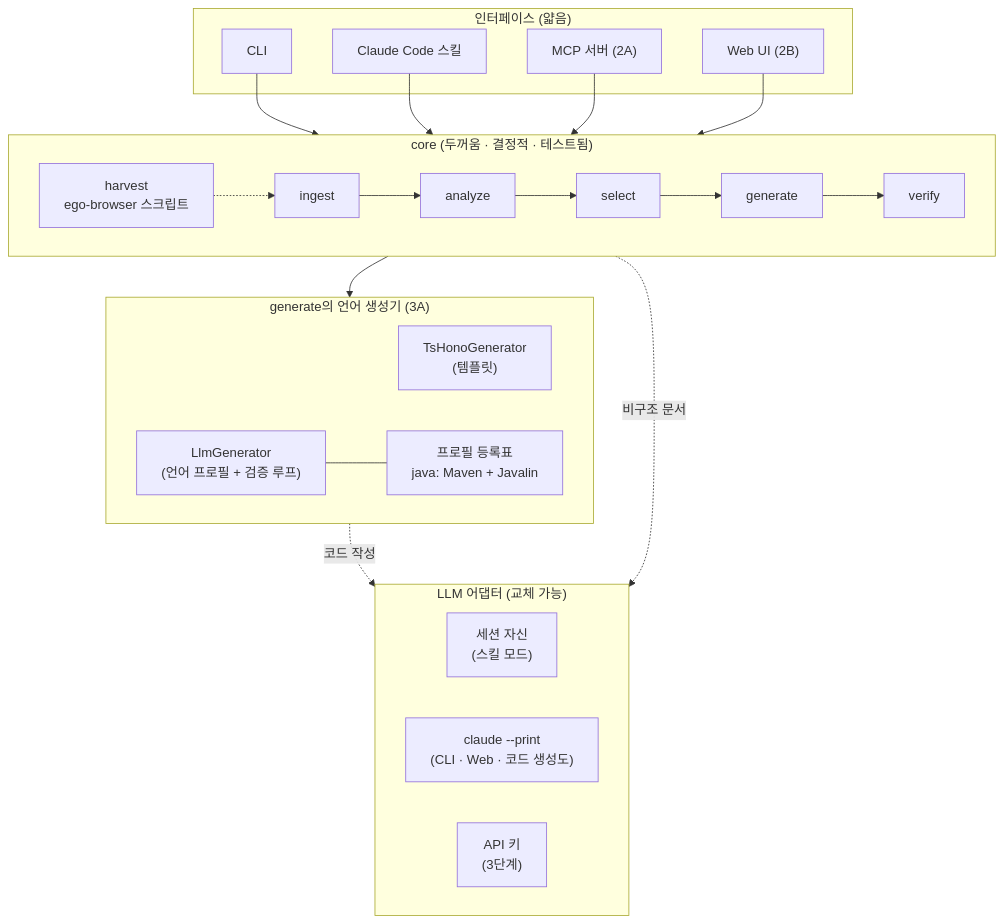
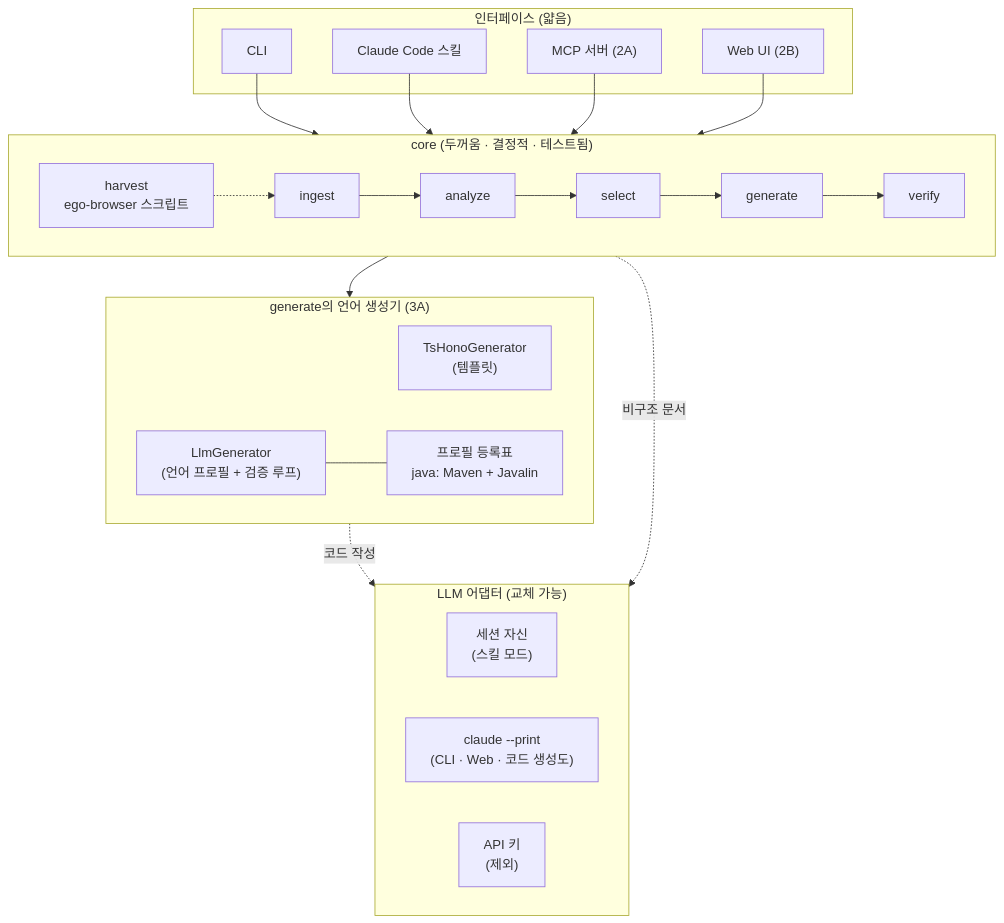
One commit to geonhos/specmock changed the second of 10 diagrams in docs/architecture.md. Above: the diagram before and after it, drawn with Mermaid. The commit also changed other lines of this file and 2 other files, not shown here.

First line of the commit message:
docs: 3단계 로드맵에서 API 키 어댑터(3C) 제외를 기록

````diff
--- a/docs/architecture.md
+++ b/docs/architecture.md
@@ -22,34 +22,34 @@
 ```mermaid
 flowchart TB
     subgraph 인터페이스["인터페이스 (얇음)"]
         CLI[CLI]
         SKILL[Claude Code 스킬]
         MCP["MCP 서버 (2A)"]
         WEB["Web UI (2B)"]
     end
 
     subgraph CORE["core (두꺼움 · 결정적 · 테스트됨)"]
         direction LR
         ING[ingest] --> ANA[analyze] --> SELM[select] --> GENM[generate] --> VER[verify]
         HARV[harvest<br/>ego-browser 스크립트] -.-> ING
     end
 
     subgraph GENL["generate의 언어 생성기 (3A)"]
         direction LR
         TSG["TsHonoGenerator<br/>(템플릿)"]
         LLMG["LlmGenerator<br/>(언어 프로필 + 검증 루프)"]
         PROF["프로필 등록표<br/>java: Maven + Javalin"]
         LLMG --- PROF
     end
 
     subgraph LLM["LLM 어댑터 (교체 가능)"]
         A1["세션 자신<br/>(스킬 모드)"]
         A2["claude --print<br/>(CLI · Web · 코드 생성도)"]
-        A3["API 키<br/>(3단계)"]
+        A3["API 키<br/>(제외)"]
     end
 
     CLI & SKILL & MCP & WEB --> CORE
     ANA -.비구조 문서.-> LLM
     GENM --> GENL
     LLMG -.코드 작성.-> LLM
 ```
````
